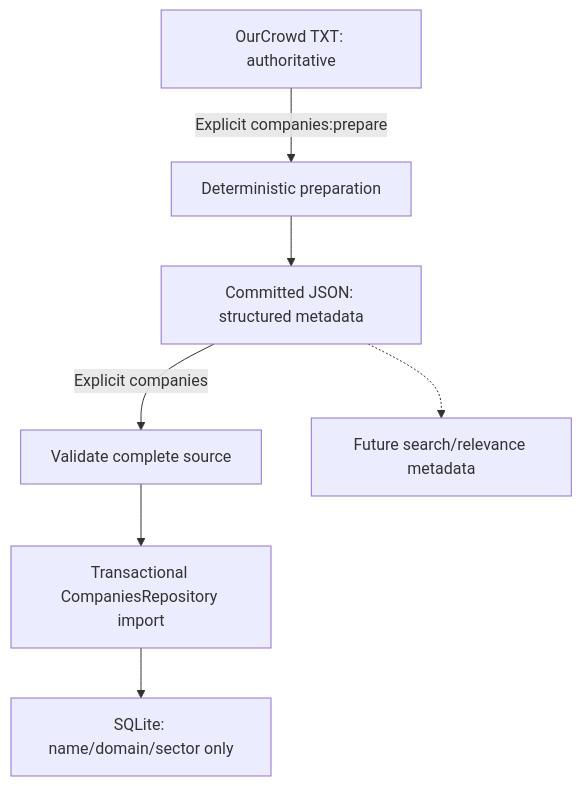
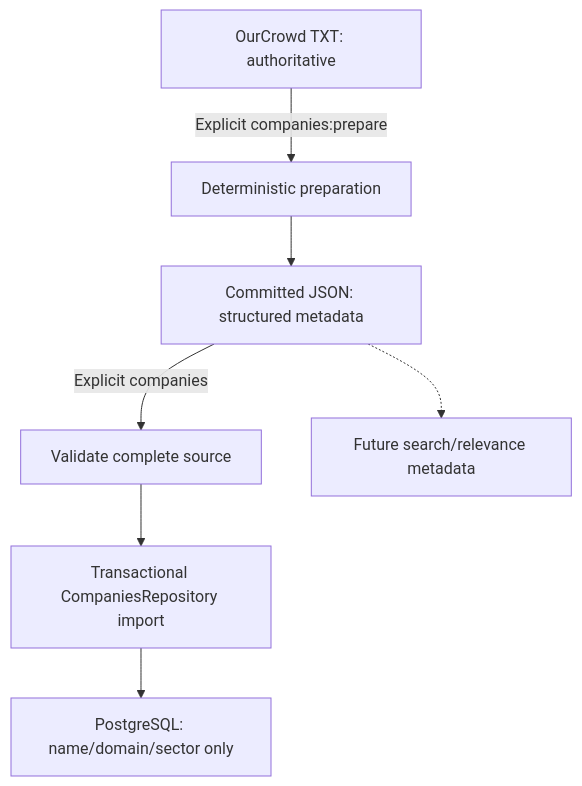
Before and after one commit to HenFaibishProjects/ourcrowd-press-monitor: the second of 3 diagrams in docs/ARCHITECTURE.md, drawn with Mermaid. The commit also changed other lines of this file and 7 other files, not shown here.

````diff
--- a/docs/ARCHITECTURE.md
+++ b/docs/ARCHITECTURE.md
@@ -134,9 +136,9 @@
 ```mermaid
 flowchart TD
     TXT["OurCrowd TXT: authoritative"] -->|Explicit companies:prepare| Prepare["Deterministic preparation"]
     Prepare --> JSON["Committed JSON: structured metadata"]
     JSON -->|Explicit companies| Validate["Validate complete source"]
     Validate --> Import["Transactional CompaniesRepository import"]
-    Import --> SQLite["SQLite: name/domain/sector only"]
+    Import --> Postgres["PostgreSQL: name/domain/sector only"]
     JSON -.-> Search["Future search/relevance metadata"]
 ```
````
